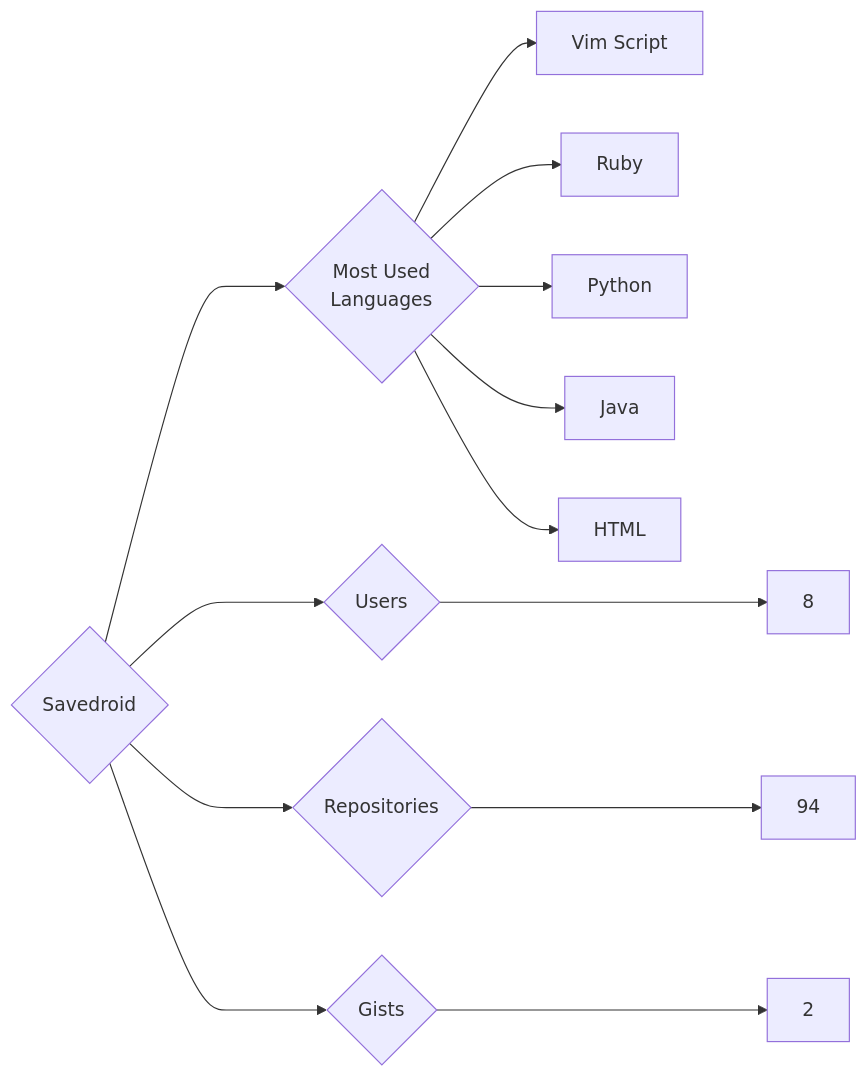
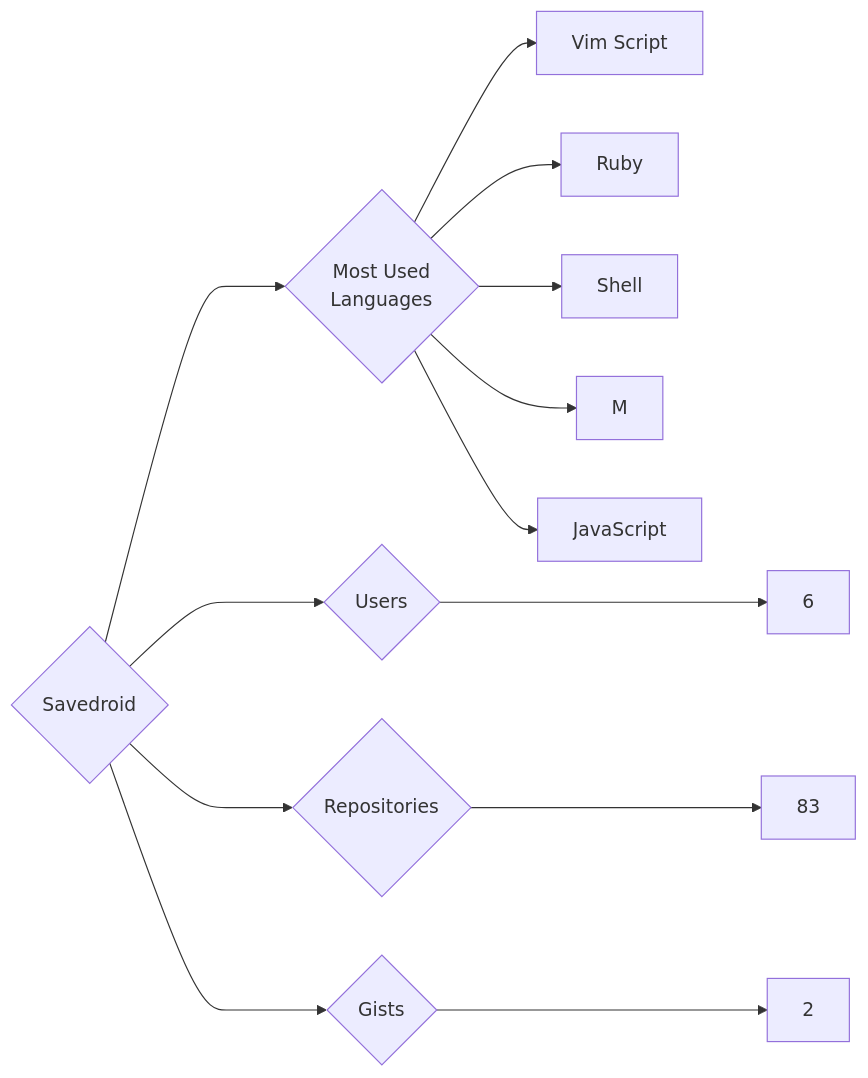
Before and after one commit to trickest/insiders: the diagram in targets/Savedroid/README.md, drawn with Mermaid. The commit also changed 1496 other files, not shown here.

````diff
--- a/targets/Savedroid/README.md
+++ b/targets/Savedroid/README.md
@@ -3,13 +3,13 @@
 ```mermaid
 graph LR
 COMPANY_NAME{Savedroid}
-COMPANY_NAME ---> U{Users} ---> UN[8]
-COMPANY_NAME ---> R{Repositories} ---> RN[94]
+COMPANY_NAME ---> U{Users} ---> UN[6]
+COMPANY_NAME ---> R{Repositories} ---> RN[83]
 COMPANY_NAME ---> G{Gists} ---> GN[2]
 COMPANY_NAME ---> ML{Most Used<br>Languages}
 ML --> Vim_Script[Vim Script]
 ML --> Ruby[Ruby]
-ML --> Python[Python]
-ML --> Java[Java]
-ML --> HTML[HTML]
+ML --> Shell[Shell]
+ML --> M[M]
+ML --> JavaScript[JavaScript]
 ```
````
